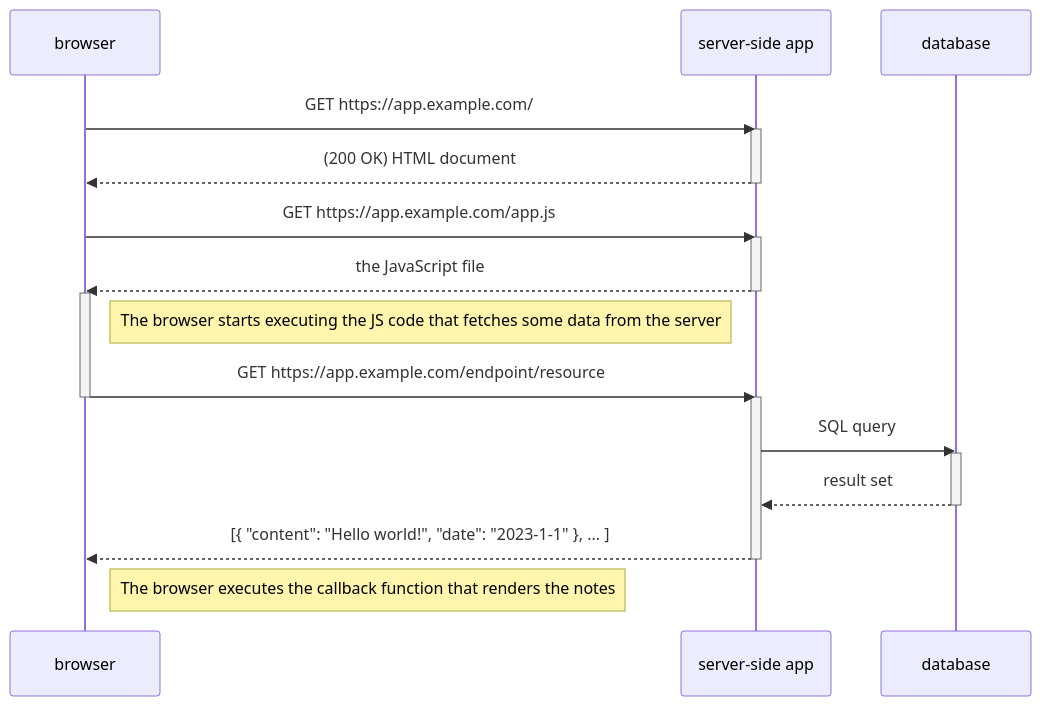
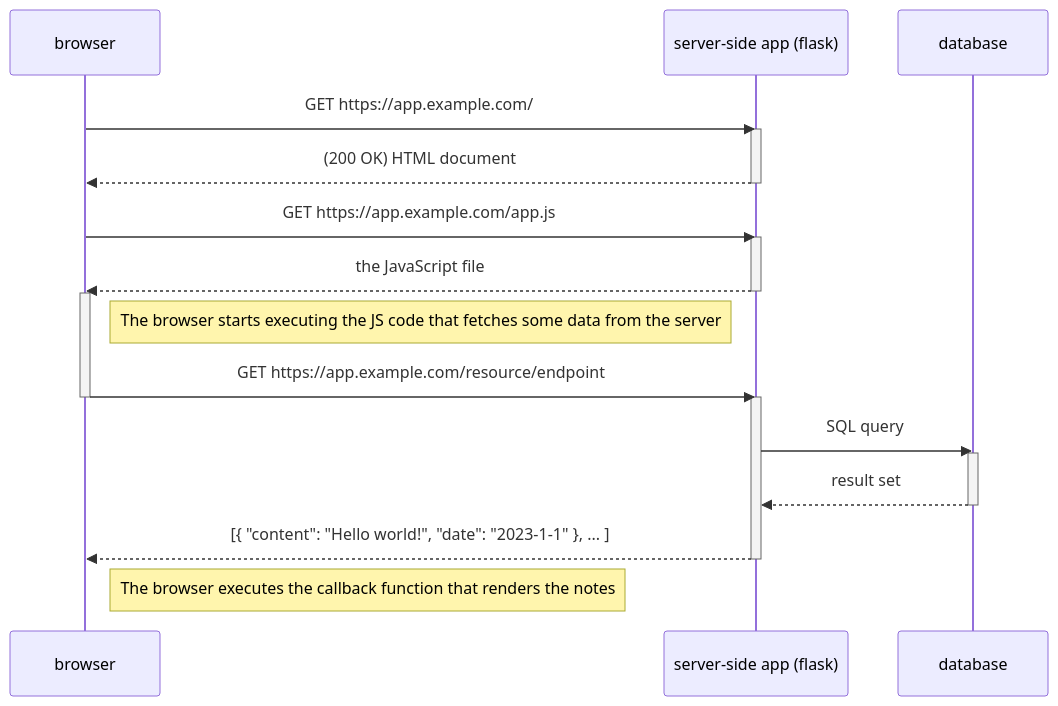
Before and after one commit to mattpe/ohjelmisto12-esim-k24: the second of 2 diagrams in README.md, drawn with Mermaid. The commit also changed other lines of this file, not shown here.

````diff
--- a/README.md
+++ b/README.md
@@ -32,32 +31,32 @@
 ```mermaid
 sequenceDiagram
     participant browser
-    participant server as server-side app
+    participant server as server-side app (flask)
     participant db as database
 
     browser->>server: GET https://app.example.com/
     activate server
     server-->>browser: (200 OK) HTML document
     deactivate server
 
     browser->>server: GET https://app.example.com/app.js
     activate server
     server-->>browser: the JavaScript file
     deactivate server
 
     activate browser
     Note right of browser: The browser starts executing the JS code that fetches some data from the server
 
-    browser->>server: GET https://app.example.com/endpoint/resource
+    browser->>server: GET https://app.example.com/resource/endpoint
     deactivate browser
     activate server
     server->>db: SQL query
     activate db
     db-->>server: result set
     deactivate db
     server-->>browser: [{ "content": "Hello world!", "date": "2023-1-1" }, ... ]
     deactivate server
 
     Note right of browser: The browser executes the callback function that renders the notes
 
 ```
````
